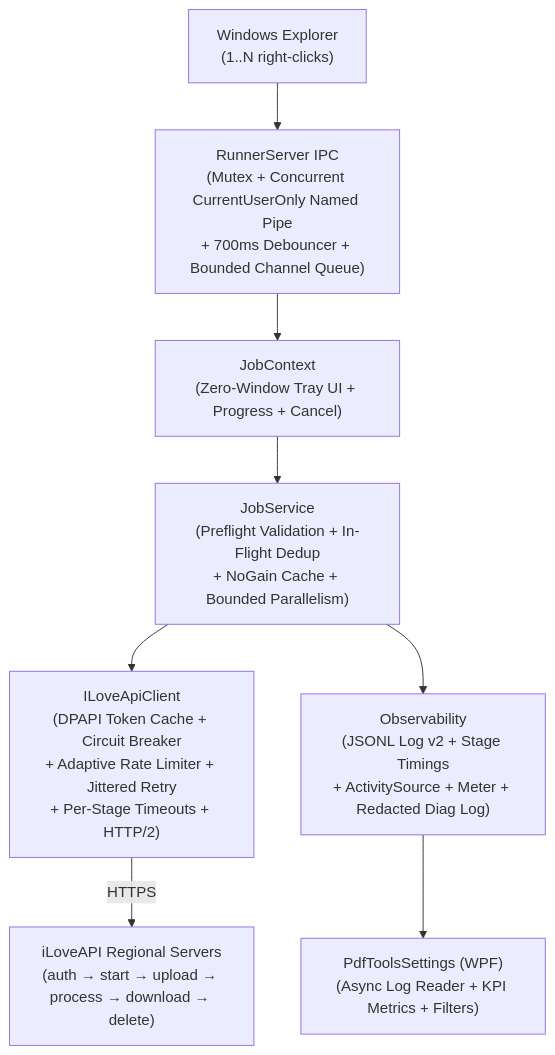
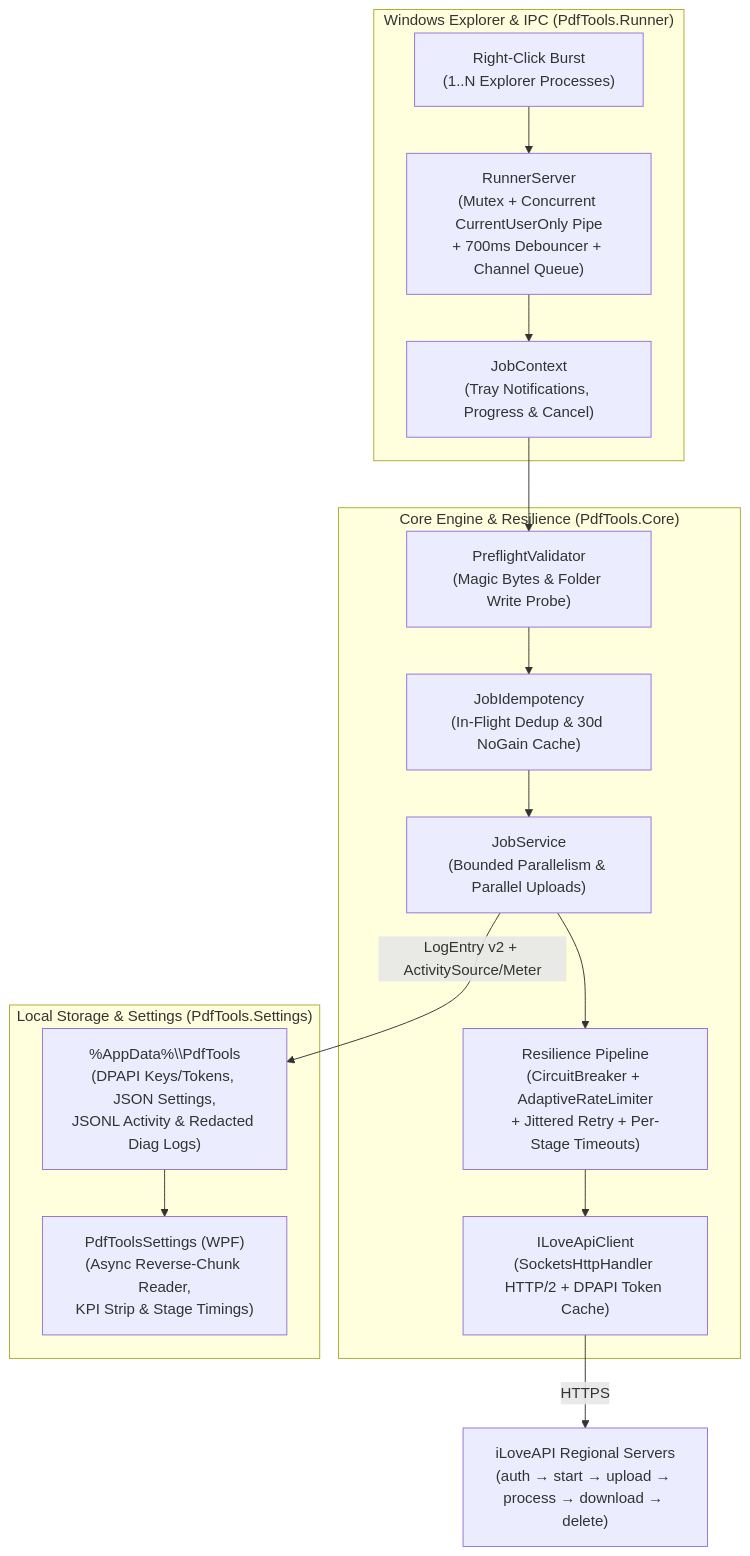
The diagram in README.md (SayuruPabasara/iLovePDF-ToolKit), drawn with Mermaid before and after one commit. The commit also changed other lines of this file, not shown here.

````diff
--- a/README.md
+++ b/README.md
@@ -121,10 +101,27 @@
 ```mermaid
 flowchart TB
-    EXP["Windows Explorer\n(1..N right-clicks)"] --> IPC["RunnerServer IPC\n(Mutex + Concurrent CurrentUserOnly Named Pipe\n+ 700ms Debouncer + Bounded Channel Queue)"]
-    IPC --> CTX["JobContext\n(Zero-Window Tray UI + Progress + Cancel)"]
-    CTX --> SVC["JobService\n(Preflight Validation + In-Flight Dedup\n+ NoGain Cache + Bounded Parallelism)"]
-    SVC --> API["ILoveApiClient\n(DPAPI Token Cache + Circuit Breaker\n+ Adaptive Rate Limiter + Jittered Retry\n+ Per-Stage Timeouts + HTTP/2)"]
+    subgraph Shell["Windows Explorer & IPC (PdfTools.Runner)"]
+        EXP["Right-Click Burst\n(1..N Explorer Processes)"] --> IPC["RunnerServer\n(Mutex + Concurrent CurrentUserOnly Pipe\n+ 700ms Debouncer + Channel Queue)"]
+        IPC --> CTX["JobContext\n(Tray Notifications, Progress & Cancel)"]
+    end
+
+    subgraph Core["Core Engine & Resilience (PdfTools.Core)"]
+        PRE["PreflightValidator\n(Magic Bytes & Folder Write Probe)"]
+        IDEM["JobIdempotency\n(In-Flight Dedup & 30d NoGain Cache)"]
+        SVC["JobService\n(Bounded Parallelism & Parallel Uploads)"]
+        RES["Resilience Pipeline\n(CircuitBreaker + AdaptiveRateLimiter\n+ Jittered Retry + Per-Stage Timeouts)"]
+        API["ILoveApiClient\n(SocketsHttpHandler HTTP/2 + DPAPI Token Cache)"]
+
+        PRE --> IDEM --> SVC --> RES --> API
+    end
+
+    subgraph Data["Local Storage & Settings (PdfTools.Settings)"]
+        STORE["%AppData%\\PdfTools\n(DPAPI Keys/Tokens, JSON Settings,\nJSONL Activity & Redacted Diag Logs)"]
+        UI["PdfToolsSettings (WPF)\n(Async Reverse-Chunk Reader,\nKPI Strip & Stage Timings)"]
+        STORE --> UI
+    end
+
+    CTX --> PRE
     API -->|HTTPS| ILP["iLoveAPI Regional Servers\n(auth → start → upload → process → download → delete)"]
-    SVC --> OBS["Observability\n(JSONL Log v2 + Stage Timings\n+ ActivitySource + Meter + Redacted Diag Log)"]
-    OBS --> SET["PdfToolsSettings (WPF)\n(Async Log Reader + KPI Metrics + Filters)"]
+    SVC -->|LogEntry v2 + ActivitySource/Meter| STORE
 ```
````
